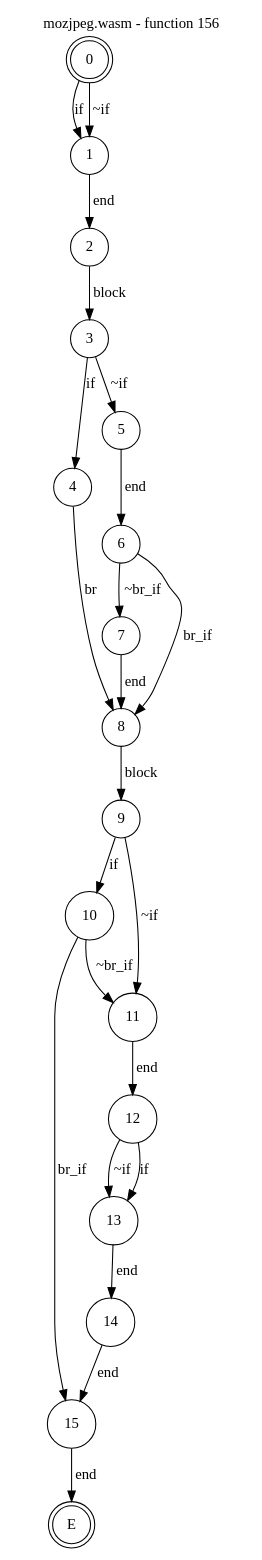
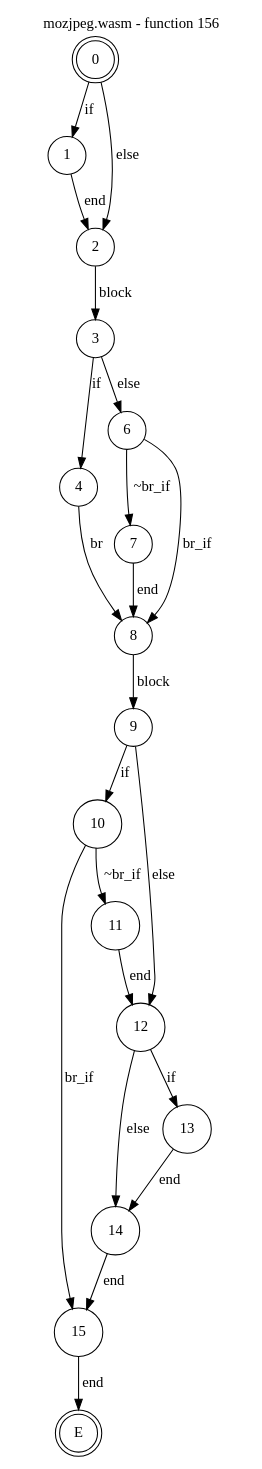
One commit to jsCarleton/wanalyze changed the diagram in test_cases/mozjpeg/funcs/mozjpeg-func156.dot. Above: the diagram before and after it, drawn with Graphviz. The commit also changed 102512 other files, not shown here.

```diff
--- a/test_cases/mozjpeg/funcs/mozjpeg-func156.dot
+++ b/test_cases/mozjpeg/funcs/mozjpeg-func156.dot
@@ -1,31 +1,30 @@
 digraph finite_state_machine {
     label = "mozjpeg.wasm - function 156"
     labelloc =  t
     labelfontsize = 16
     labelfontcolor = black
     labelfontname = "Helvetica"
     node [shape = doublecircle]; 0 E ;
     node [shape = circle];
     0 -> 1[label="if"];
-    0 -> 1[label="~if"];
+    0 -> 2[label="else"];
     1 -> 2[label="end"];
     2 -> 3[label="block"];
     3 -> 4[label="if"];
-    3 -> 5[label="~if"];
+    3 -> 6[label="else"];
     4 -> 8[label="br"];
-    5 -> 6[label="end"];
     6 -> 7[label="~br_if"];
     6 -> 8[label="br_if"];
     7 -> 8[label="end"];
     8 -> 9[label="block"];
     9 -> 10[label="if"];
-    9 -> 11[label="~if"];
+    9 -> 12[label="else"];
     10 -> 11[label="~br_if"];
     10 -> 15[label="br_if"];
     11 -> 12[label="end"];
     12 -> 13[label="if"];
-    12 -> 13[label="~if"];
+    12 -> 14[label="else"];
     13 -> 14[label="end"];
     14 -> 15[label="end"];
     15 -> E[label="end"];
 }
```
